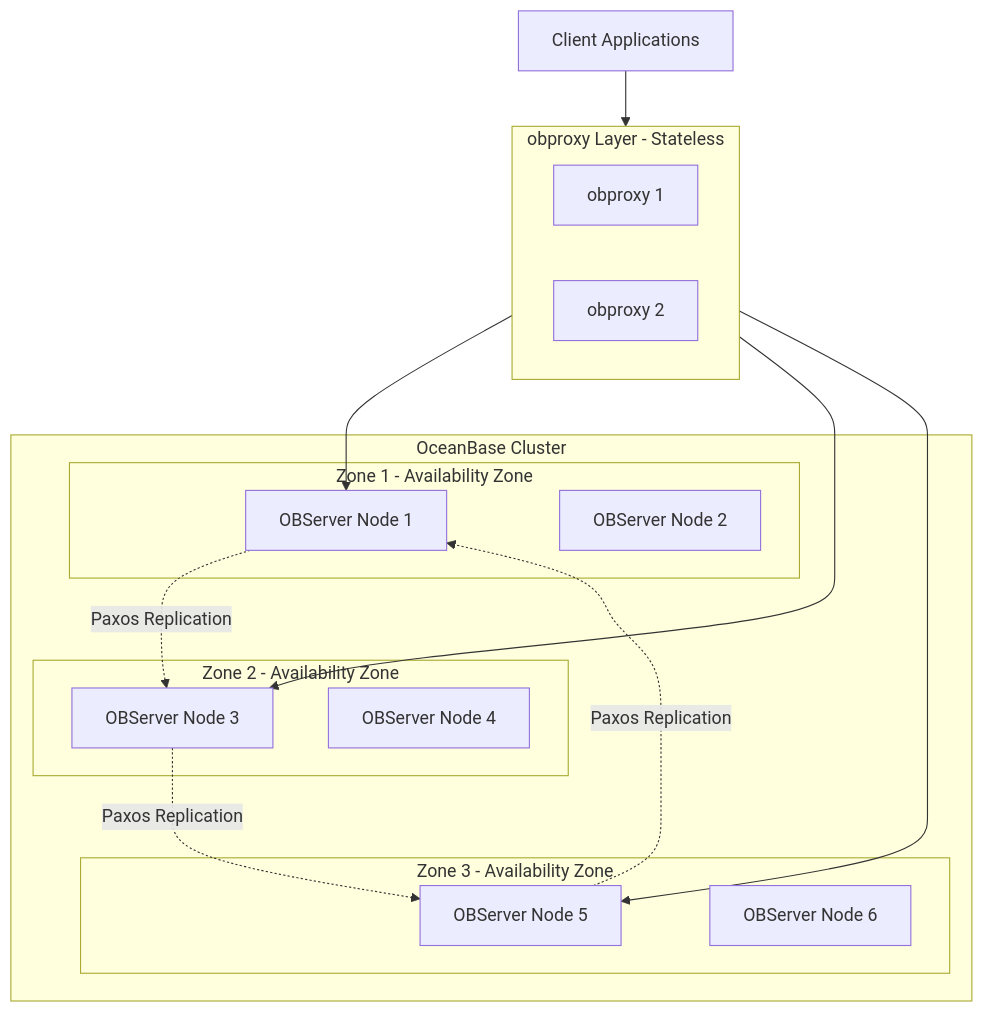
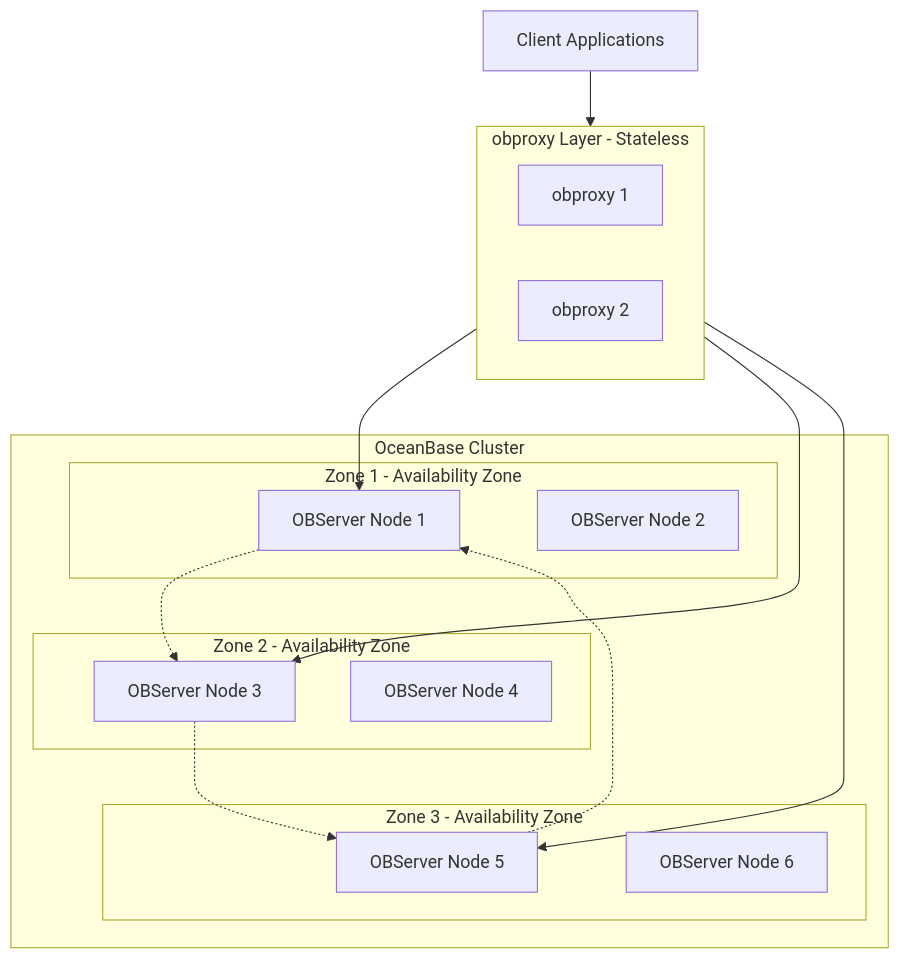
Before and after one commit to jackysp/blog: the first of 8 diagrams in content/posts/2026-01-17-oceanbase-internals-transaction-replay-sql-unit-placement.md, drawn with Mermaid. The commit also changed other lines of this file, not shown here.

Commit message:
Publish: OceanBase Internals: Transactions, Replay, SQL Engine, and Unit Placement

````diff
--- a/content/posts/2026-01-17-oceanbase-internals-transaction-replay-sql-unit-placement.md
+++ b/content/posts/2026-01-17-oceanbase-internals-transaction-replay-sql-unit-placement.md
@@ -27,31 +27,31 @@
 ```mermaid
 graph TB
     subgraph Cluster["OceanBase Cluster"]
         subgraph Z1["Zone 1 - Availability Zone"]
             N1["OBServer Node 1"]
             N2["OBServer Node 2"]
         end
         subgraph Z2["Zone 2 - Availability Zone"]
             N3["OBServer Node 3"]
             N4["OBServer Node 4"]
         end
         subgraph Z3["Zone 3 - Availability Zone"]
             N5["OBServer Node 5"]
             N6["OBServer Node 6"]
         end
     end
     
     subgraph Proxy["obproxy Layer - Stateless"]
         P1["obproxy 1"]
         P2["obproxy 2"]
     end
     
     Client["Client Applications"] --> Proxy
     Proxy --> N1
     Proxy --> N3
     Proxy --> N5
     
-    N1 -.Paxos Replication.-> N3
-    N3 -.Paxos Replication.-> N5
-    N5 -.Paxos Replication.-> N1
+    N1 -.-> N3
+    N3 -.-> N5
+    N5 -.-> N1
 ```
````
